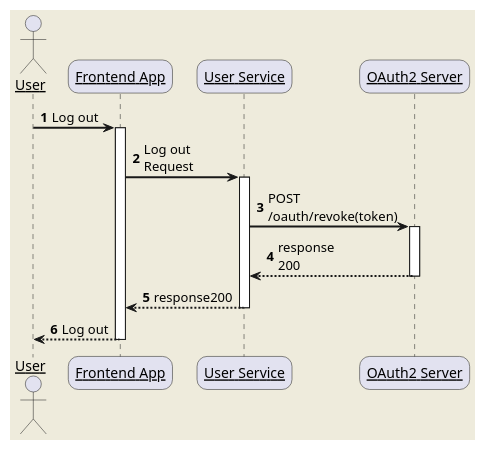
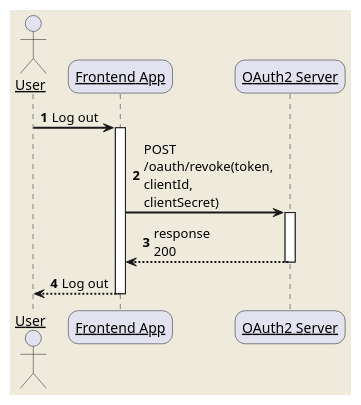
One commit to Hannibal0416/modern-renting-service changed the diagram in doc/sequence/user-logout.puml. Above: the diagram before and after it, drawn with PlantUML. The commit also changed 17 other files, not shown here.

```diff
--- a/doc/sequence/user-logout.puml
+++ b/doc/sequence/user-logout.puml
@@ -1,31 +1,24 @@
 @startuml
 skinparam backgroundColor #EEEBDC
 skinparam handwritten false
 skinparam sequenceArrowThickness 2
 skinparam roundcorner 20
 skinparam maxmessagesize 60
 skinparam sequenceParticipant underline
 
 actor User
 participant "Frontend App" as Frontend
-participant "User Service" as UserService
 participant "OAuth2 Server" as OAuth
 
 autonumber 1
 User -> Frontend: Log out
 activate Frontend
 
-Frontend -> UserService: Log out Request
-activate UserService
-
-UserService -> OAuth: POST /oauth/revoke(token)
+Frontend -> OAuth: POST /oauth/revoke(token, clientId, clientSecret)
 activate OAuth
-OAuth --> UserService: response 200
+OAuth --> Frontend: response 200
 deactivate OAuth
-
-UserService --> Frontend: response200
-deactivate UserService
 
 Frontend --> User: Log out
 deactivate Frontend
 @enduml
```
